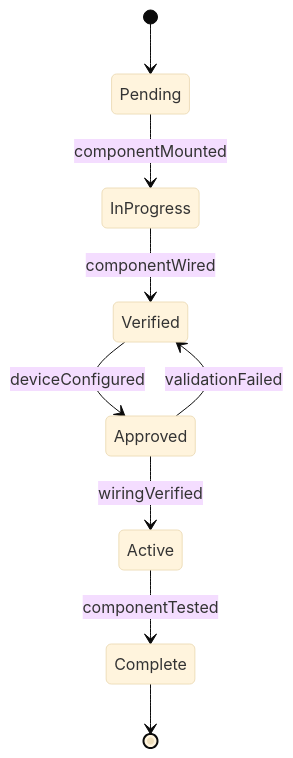
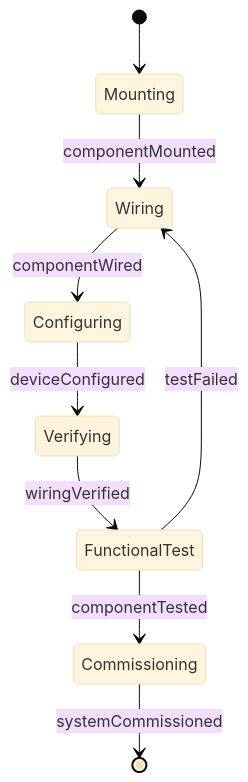
Before and after one commit to dot-org-ai/tasks.org.ai: the second of 4 diagrams in HandlingAndMovingObjects/ConnectComponentsOrSupplyLinesToEquipmentOrTools/ConnectElectricalComponentsEquipment.mdx, drawn with Mermaid (base theme). The commit also changed other lines of this file and 515 other files, not shown here.

````diff
--- a/HandlingAndMovingObjects/ConnectComponentsOrSupplyLinesToEquipmentOrTools/ConnectElectricalComponentsEquipment.mdx
+++ b/HandlingAndMovingObjects/ConnectComponentsOrSupplyLinesToEquipmentOrTools/ConnectElectricalComponentsEquipment.mdx
@@ -94,11 +95,11 @@
 ```mermaid
 stateDiagram-v2
-    [*] --> Pending
-    Pending --> InProgress : componentMounted
-    InProgress --> Verified : componentWired
-    Verified --> Approved : deviceConfigured
-    Approved --> Active : wiringVerified
-    Active --> Complete : componentTested
-    Approved --> Verified : validationFailed
-    Complete --> [*]
+    [*] --> Mounting
+    Mounting --> Wiring : componentMounted
+    Wiring --> Configuring : componentWired
+    Configuring --> Verifying : deviceConfigured
+    Verifying --> FunctionalTest : wiringVerified
+    FunctionalTest --> Commissioning : componentTested
+    Commissioning --> [*] : systemCommissioned
+    FunctionalTest --> Wiring : testFailed
 ```
````
